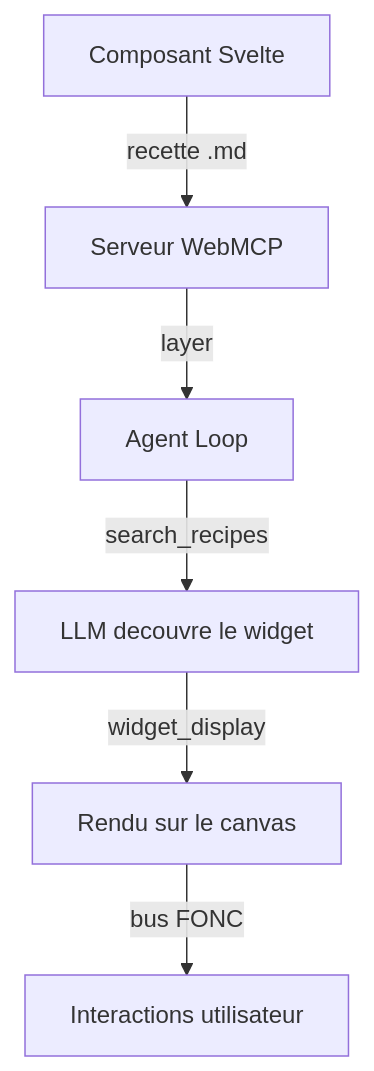
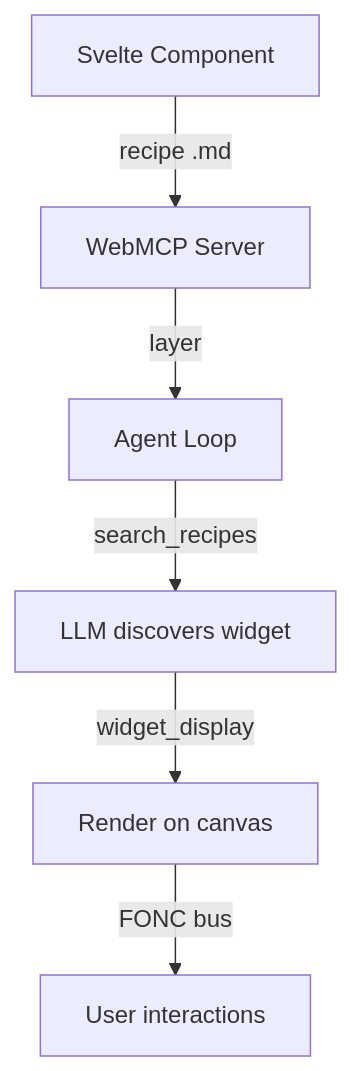
Before and after one commit to jeanbaptiste/webmcp-auto-ui: the first of 3 diagrams in docs/starlight/src/content/docs/tutorials/create-custom-widget.mdx, drawn with Mermaid. The commit also changed other lines of this file and 94 other files, not shown here.

````diff
--- a/docs/starlight/src/content/docs/tutorials/create-custom-widget.mdx
+++ b/docs/starlight/src/content/docs/tutorials/create-custom-widget.mdx
@@ -24,8 +24,8 @@
 ```mermaid
 graph TD
-    A[Composant Svelte] -->|recette .md| B[Serveur WebMCP]
+    A[Svelte Component] -->|recipe .md| B[WebMCP Server]
     B -->|layer| C[Agent Loop]
-    C -->|search_recipes| D[LLM decouvre le widget]
-    D -->|widget_display| E[Rendu sur le canvas]
-    E -->|bus FONC| F[Interactions utilisateur]
+    C -->|search_recipes| D[LLM discovers widget]
+    D -->|widget_display| E[Render on canvas]
+    E -->|FONC bus| F[User interactions]
 ```
````
